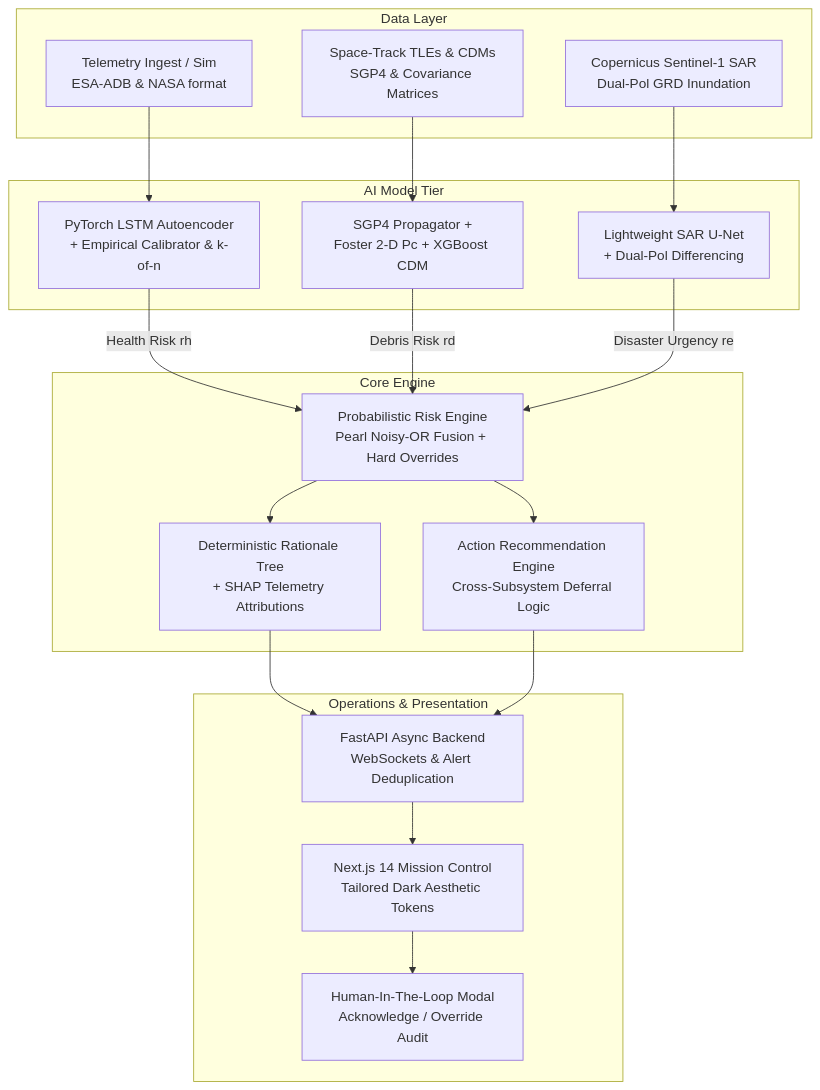
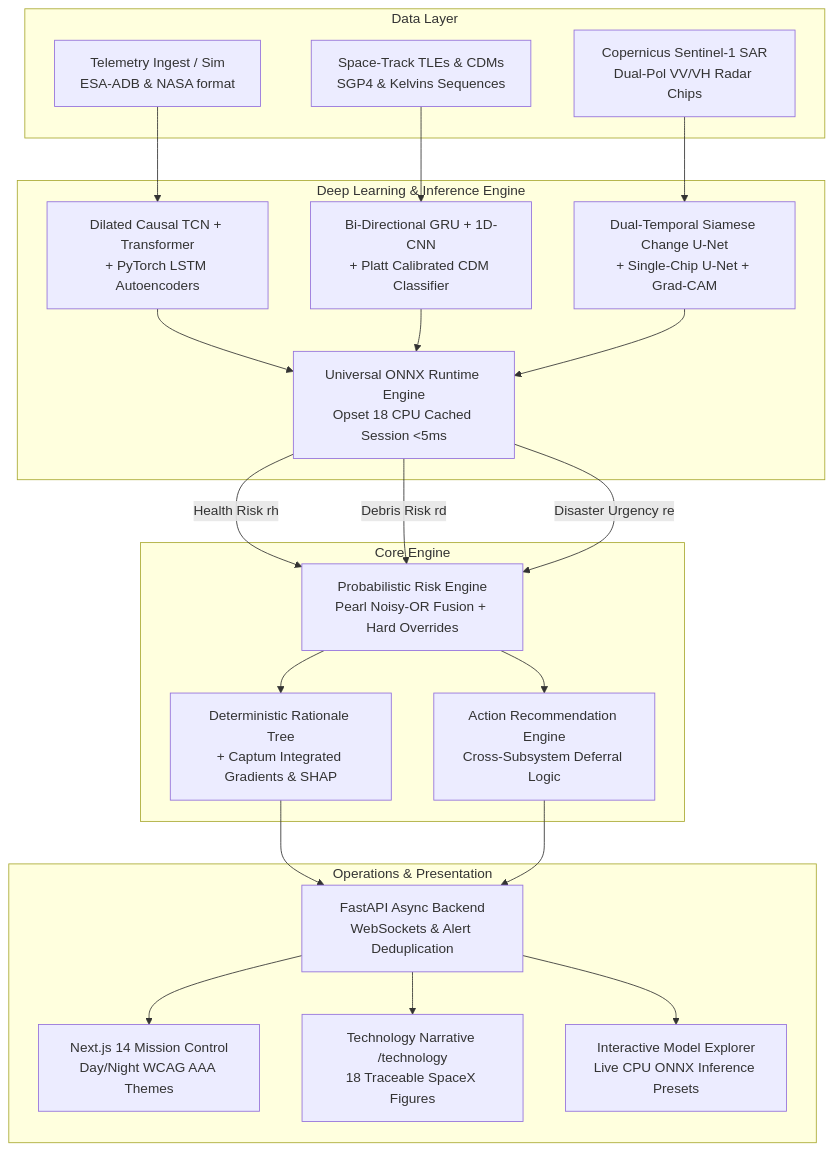
Before and after one commit to Utkarsh-96s/astraguard: the diagram in README.md, drawn with Mermaid. The commit also changed other lines of this file and 13 other files, not shown here.

Commit message:
docs(audit): sync README, architecture, and memory with deep learning suite, and add audit:figures runner

````diff
--- a/README.md
+++ b/README.md
@@ -34,42 +34,49 @@
 ```mermaid
 graph TD
     subgraph Data Layer
         TM[Telemetry Ingest / Sim<br/>ESA-ADB & NASA format]
-        TLE[Space-Track TLEs & CDMs<br/>SGP4 & Covariance Matrices]
-        SAR[Copernicus Sentinel-1 SAR<br/>Dual-Pol GRD Inundation]
+        TLE[Space-Track TLEs & CDMs<br/>SGP4 & Kelvins Sequences]
+        SAR[Copernicus Sentinel-1 SAR<br/>Dual-Pol VV/VH Radar Chips]
     end
 
-    subgraph AI Model Tier
-        LSTM[PyTorch LSTM Autoencoder<br/>+ Empirical Calibrator & k-of-n]
-        SGP4[SGP4 Propagator +<br/>Foster 2-D Pc + XGBoost CDM]
-        UNET[Lightweight SAR U-Net<br/>+ Dual-Pol Differencing]
+    subgraph Deep Learning & Inference Engine
+        TCN[Dilated Causal TCN + Transformer<br/>+ PyTorch LSTM Autoencoders]
+        GRU[Bi-Directional GRU + 1D-CNN<br/>+ Platt Calibrated CDM Classifier]
+        UNET[Dual-Temporal Siamese Change U-Net<br/>+ Single-Chip U-Net + Grad-CAM]
+        ONNX[Universal ONNX Runtime Engine<br/>Opset 18 CPU Cached Session <5ms]
     end
 
     subgraph Core Engine
         RISK[Probabilistic Risk Engine<br/>Pearl Noisy-OR Fusion + Hard Overrides]
-        XAI[Deterministic Rationale Tree<br/>+ SHAP Telemetry Attributions]
+        XAI[Deterministic Rationale Tree<br/>+ Captum Integrated Gradients & SHAP]
         REC[Action Recommendation Engine<br/>Cross-Subsystem Deferral Logic]
     end
 
     subgraph Operations & Presentation
         API[FastAPI Async Backend<br/>WebSockets & Alert Deduplication]
-        DASH[Next.js 14 Mission Control<br/>Tailored Dark Aesthetic Tokens]
-        HITL[Human-In-The-Loop Modal<br/>Acknowledge / Override Audit]
+        DASH[Next.js 14 Mission Control<br/>Day/Night WCAG AAA Themes]
+        TECH[Technology Narrative /technology<br/>18 Traceable SpaceX Figures]
+        EXP[Interactive Model Explorer<br/>Live CPU ONNX Inference Presets]
     end
 
-    TM --> LSTM
-    TLE --> SGP4
+    TM --> TCN
+    TLE --> GRU
     SAR --> UNET
 
-    LSTM -->|Health Risk rh| RISK
-    SGP4 -->|Debris Risk rd| RISK
-    UNET -->|Disaster Urgency re| RISK
+    TCN --> ONNX
+    GRU --> ONNX
+    UNET --> ONNX
+
+    ONNX -->|Health Risk rh| RISK
+    ONNX -->|Debris Risk rd| RISK
+    ONNX -->|Disaster Urgency re| RISK
 
     RISK --> XAI
     RISK --> REC
     XAI --> API
     REC --> API
 
     API --> DASH
-    DASH --> HITL
+    API --> TECH
+    API --> EXP
 ```
````
